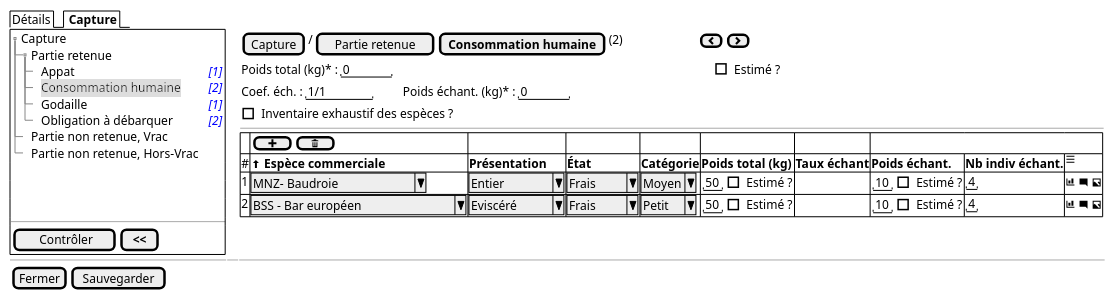
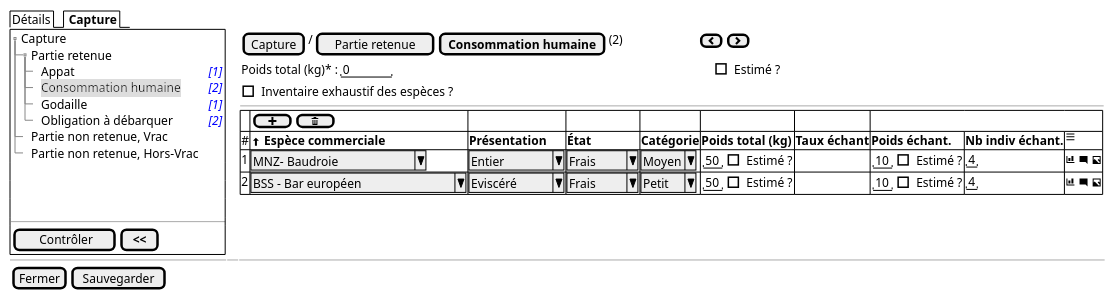
The diagram in projects/obsmer/spe/images/batch/batch-tree-PR-HCN.puml (sumaris-net/sumaris-doc), drawn with PlantUML before and after one commit. The commit also changed 17 other files, not shown here.

```diff
--- a/projects/obsmer/spe/images/batch/batch-tree-PR-HCN.puml
+++ b/projects/obsmer/spe/images/batch/batch-tree-PR-HCN.puml
@@ -1,42 +1,40 @@
 @startsalt
 {
   {/ Détails | <b> Capture }
   {+
    {T
        + Capture
        ++ Partie retenue
        +++ Appat | <i><color:blue>[1]
        +++ <back:#DDD>Consommation humaine | <i><color:blue>[2]
        +++ Godaille | <i><color:blue>[1]
        +++ Obligation à débarquer | <i><color:blue>[2]
        ++ Partie non retenue, Vrac
        ++ Partie non retenue, Hors-Vrac
    }
     .
     .
     .
    --
    {
       [<&checkmark> Contrôler] | [ <b><< ]
    }
   } | . | {
     { [Capture] | / | [Partie retenue] | [<b>Consommation humaine] | (2) | . | . | . | . | . | . | . | . | . | . | . | . | . | . | { [<&chevron-left>] | [<&chevron-right>] } }
 
     {Poids total (kg)* : | " 0    " | . | . | . | . | . | . | . | . | . | . | . | . | . | . | . | . | . | . | . | . | . | . | . | . | . | . | . | . | . | . | . | . | . | . | . | . | . | . | . | . | . | . | . | . |. |. |. |. |. |. |. |. |. |. |. |. |. |. |. |. |. |[ ] Estimé ?}
 
-    {Coef. éch. : | " 1/1    " | . | . | . | . | . | Poids échant. (kg)* : | " 0    " }
-
     { [ ] Inventaire exhaustif des espèces ? }
     ---
     {#
           . | {[ <&plus> ] | [ <&trash> ] }  | . | . | . | . | .
           # | <&arrow-thick-top> <b>Espèce commerciale  | <b>Présentation | <b>État | <b>Catégorie | <b>Poids total (kg)     |  <b>Taux échant  | <b>Poids échant. | <b>Nb indiv échant. | <&menu>
           1 | ^MNZ- Baudroie       ^ | ^ Entier   ^ | ^ Frais ^ | ^Moyen^ | { "50" | [ ] Estimé ? } |  .   |   { "10" | [ ] Estimé ? }          | "4" | <&bar-chart> <&comment-square> <&image>
           2 | ^BSS - Bar européen       ^ | ^ Eviscéré ^ | ^ Frais ^ | ^Petit^ | { "50" | [ ] Estimé ? }  |  .   |   { "10" | [ ] Estimé ? }          | "4" | <&bar-chart> <&comment-square> <&image>
         }
   }
 
   -- | -- | --
   { [Fermer] | [Sauvegarder] }
 }
 @endsalt
```
